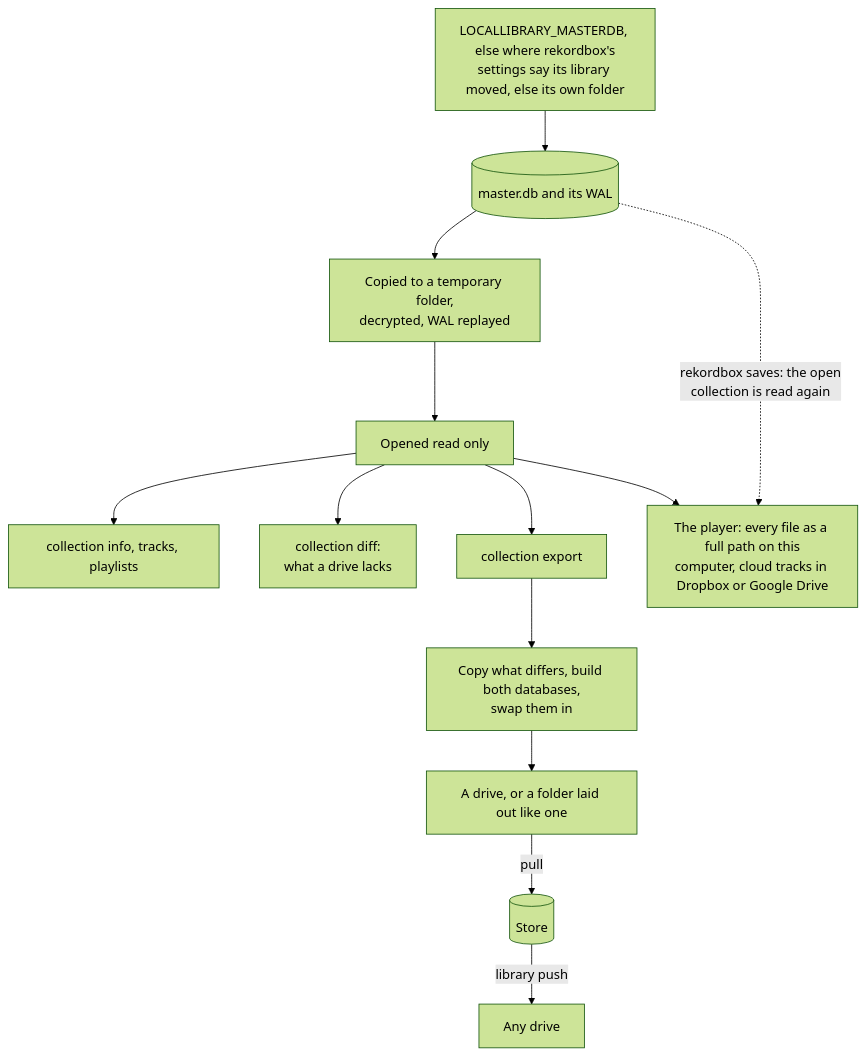
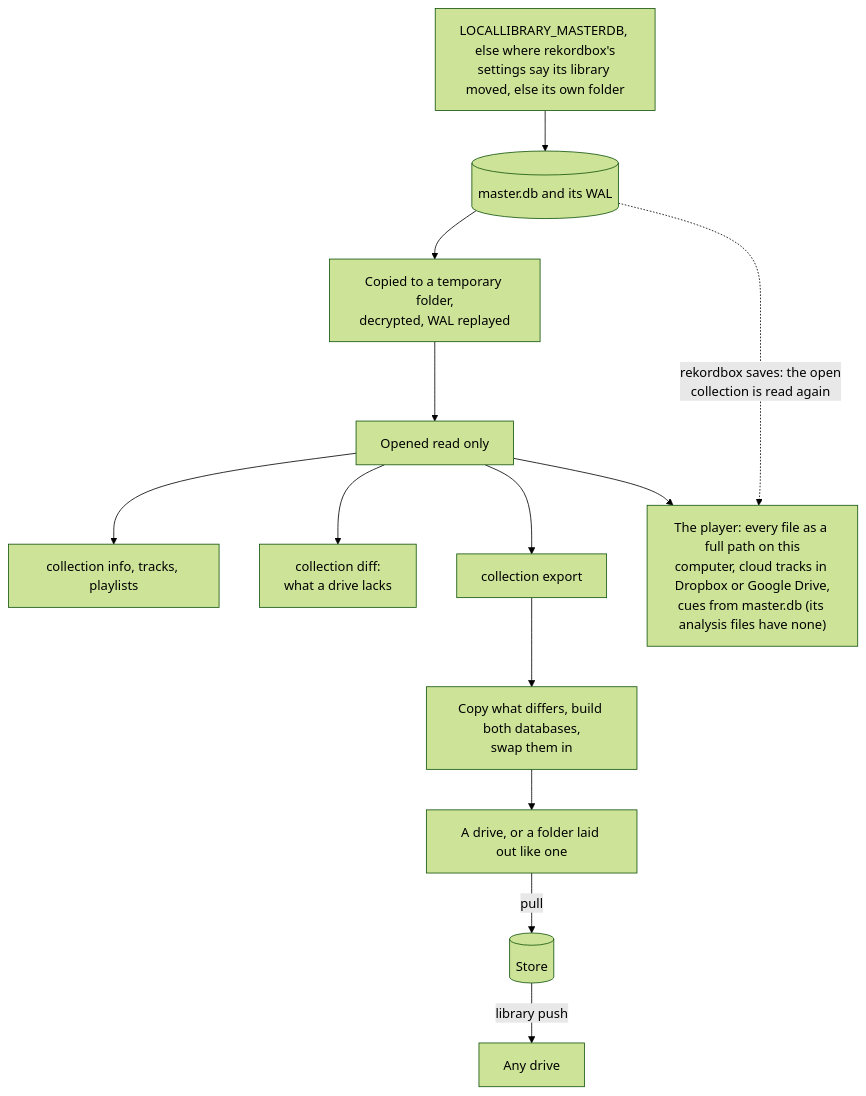
Before and after one commit to cutenode/localnetwork: the fourth of 10 diagrams in apps/locallibrary/docs/diagrams/data.md, drawn with Mermaid (forest theme).

Commit message:
docs(locallibrary): the collection diagram says the player takes its cues from master.db

````diff
--- a/apps/locallibrary/docs/diagrams/data.md
+++ b/apps/locallibrary/docs/diagrams/data.md
@@ -76,15 +76,15 @@
 ```mermaid
 flowchart TD
     find["LOCALLIBRARY_MASTERDB, else where rekordbox's<br/>settings say its library moved, else its own folder"] --> master
     master[("master.db and its WAL")] --> copy["Copied to a temporary folder,<br/>decrypted, WAL replayed"]
     copy --> read["Opened read only"]
     read --> reads["collection info, tracks, playlists"]
     read --> diff["collection diff:<br/>what a drive lacks"]
     read --> export["collection export"]
-    read --> player["The player: every file as a full path on this<br/>computer, cloud tracks in Dropbox or Google Drive"]
+    read --> player["The player: every file as a full path on this<br/>computer, cloud tracks in Dropbox or Google Drive,<br/>cues from master.db (its analysis files have none)"]
     master -.->|"rekordbox saves: the open<br/>collection is read again"| player
     export --> write["Copy what differs, build both databases,<br/>swap them in"]
     write --> target["A drive, or a folder laid out like one"]
     target -->|"pull"| store[("Store")]
     store -->|"library push"| drive["Any drive"]
 ```
````
